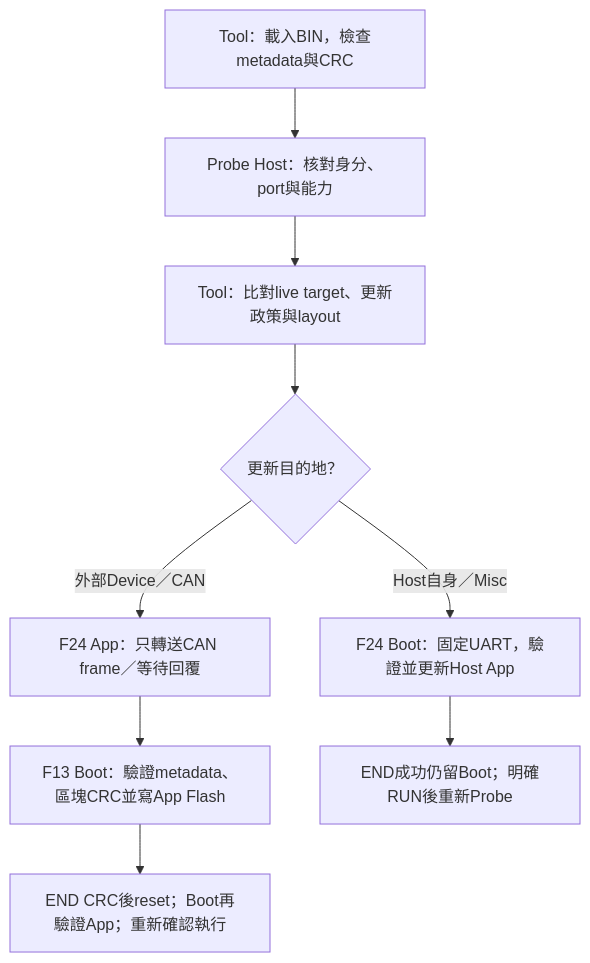
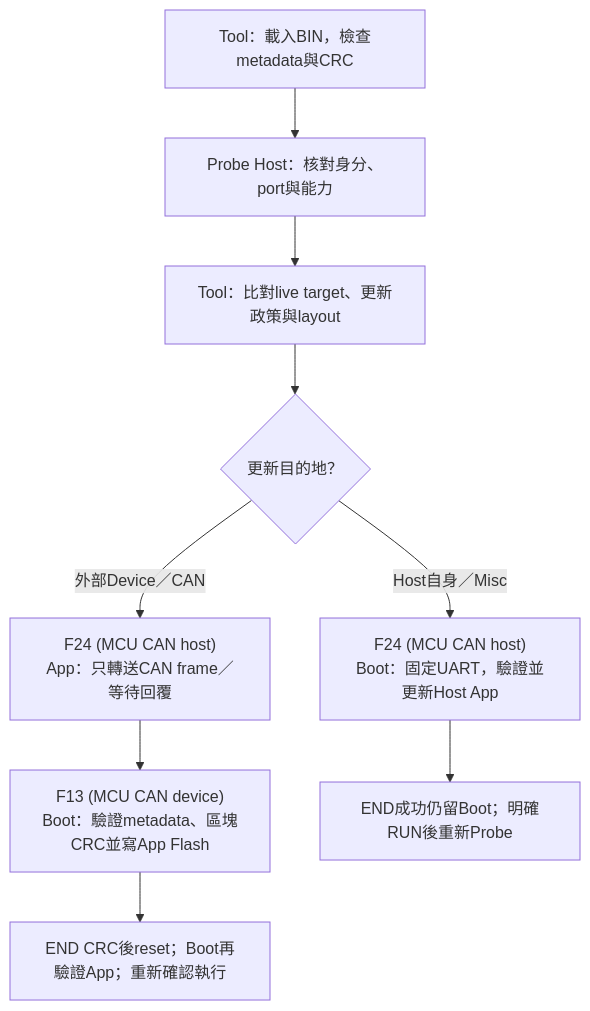
One commit to released/simple_renesas_isp_tool changed the first of 7 diagrams in docs/MULTIBUS_TOOL_GUIDE_zh-TW.md. Above: the diagram before and after it, drawn with Mermaid. The commit also changed other lines of this file and 25 other files, not shown here.

````diff
--- a/docs/MULTIBUS_TOOL_GUIDE_zh-TW.md
+++ b/docs/MULTIBUS_TOOL_GUIDE_zh-TW.md
@@ -46,11 +59,11 @@
 ```mermaid
 flowchart TD
     IMAGE["Tool：載入BIN，檢查metadata與CRC"] --> HOST["Probe Host：核對身分、port與能力"]
     HOST --> GATE["Tool：比對live target、更新政策與layout"]
     GATE --> DEST{"更新目的地？"}
-    DEST -->|"外部Device／CAN"| BRIDGE["F24 App：只轉送CAN frame／等待回覆"]
-    BRIDGE --> F13["F13 Boot：驗證metadata、區塊CRC並寫App Flash"]
+    DEST -->|"外部Device／CAN"| BRIDGE["F24 (MCU CAN host)<br/>App：只轉送CAN frame／等待回覆"]
+    BRIDGE --> F13["F13 (MCU CAN device)<br/>Boot：驗證metadata、區塊CRC並寫App Flash"]
     F13 --> CHECK["END CRC後reset；Boot再驗證App；重新確認執行"]
-    DEST -->|"Host自身／Misc"| F24["F24 Boot：固定UART，驗證並更新Host App"]
+    DEST -->|"Host自身／Misc"| F24["F24 (MCU CAN host)<br/>Boot：固定UART，驗證並更新Host App"]
     F24 --> RUN["END成功仍留Boot；明確RUN後重新Probe"]
 ```
````
